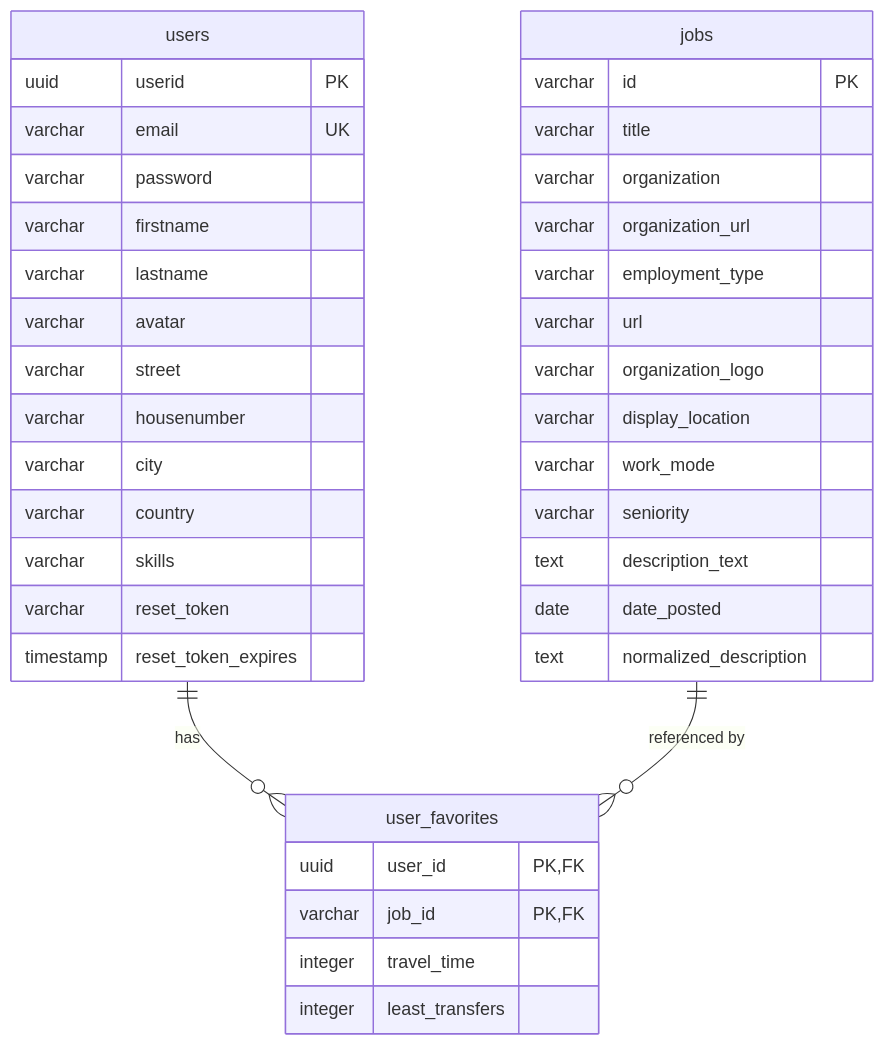
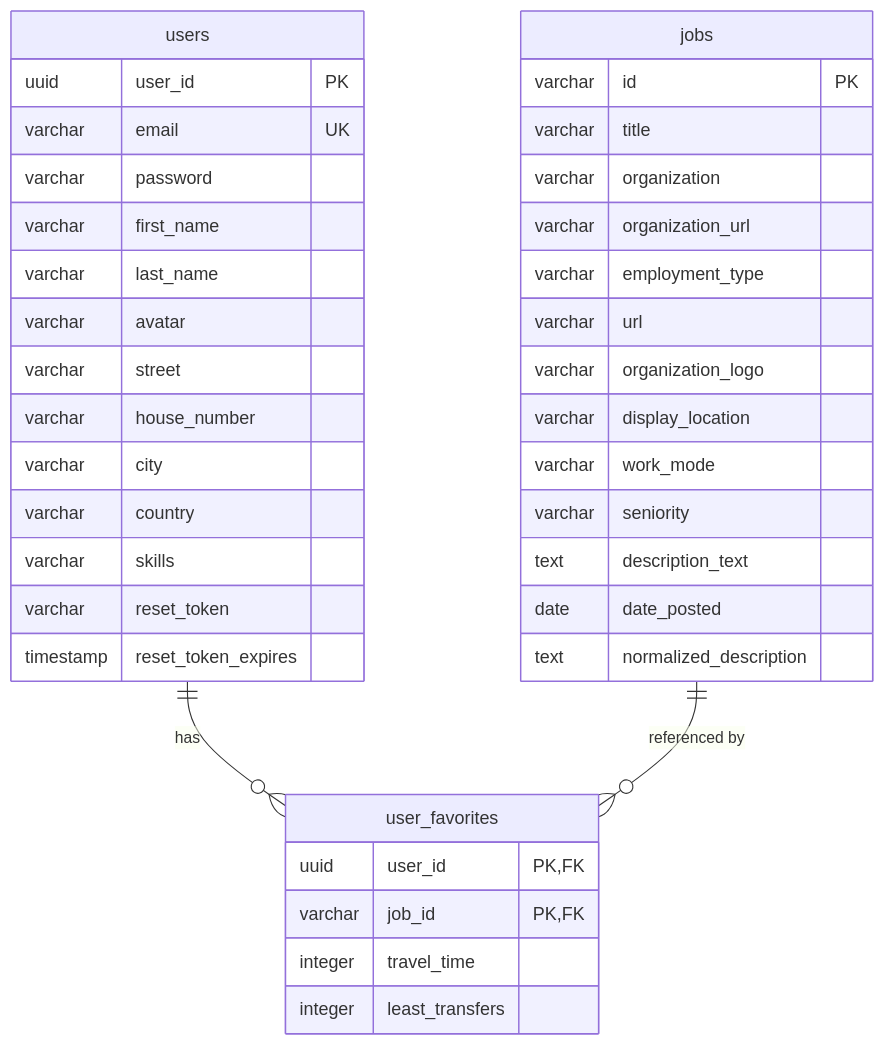
One commit to YahyaAl-Ademi/2025.10.23-JobCompass changed the diagram in documentation/ERD-windsurf.md. Above: the diagram before and after it, drawn with Mermaid. The commit also changed other lines of this file and 24 other files, not shown here.

````diff
--- a/documentation/ERD-windsurf.md
+++ b/documentation/ERD-windsurf.md
@@ -84,44 +84,44 @@
 ```mermaid
 erDiagram
     users {
-        uuid userid PK
+        uuid user_id PK
         varchar email UK
         varchar password
-        varchar firstname
-        varchar lastname
+        varchar first_name
+        varchar last_name
         varchar avatar
         varchar street
-        varchar housenumber
+        varchar house_number
         varchar city
         varchar country
         varchar skills
         varchar reset_token
         timestamp reset_token_expires
     }
 
     jobs {
         varchar id PK
         varchar title
         varchar organization
         varchar organization_url
         varchar employment_type
         varchar url
         varchar organization_logo
         varchar display_location
         varchar work_mode
         varchar seniority
         text description_text
         date date_posted
         text normalized_description
     }
 
     user_favorites {
         uuid user_id PK,FK
         varchar job_id PK,FK
         integer travel_time
         integer least_transfers
     }
 
     users ||--o{ user_favorites : "has"
     jobs ||--o{ user_favorites : "referenced by"
 ```
````
